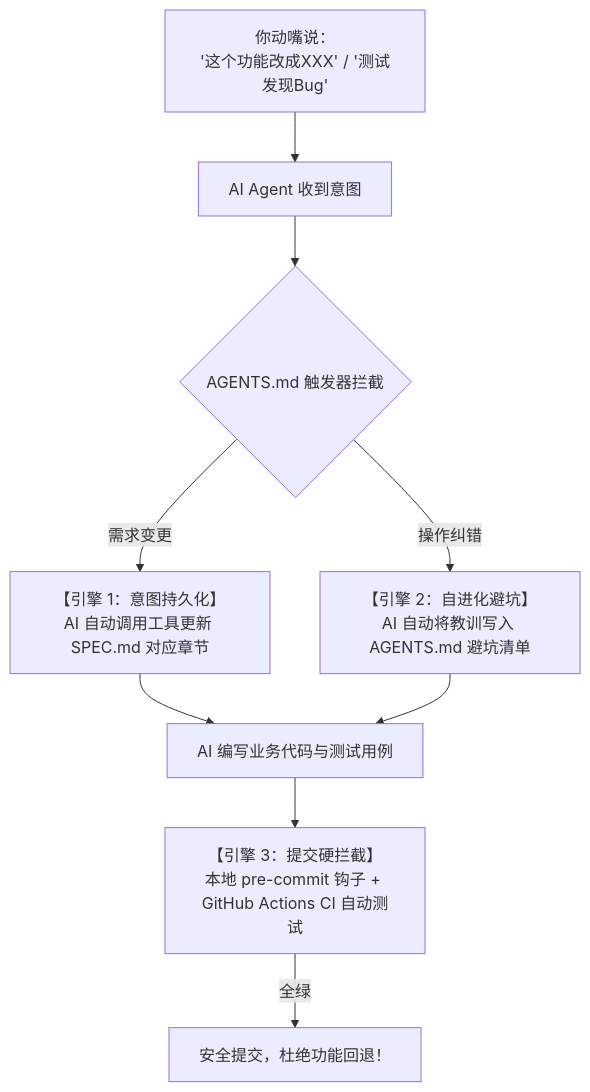
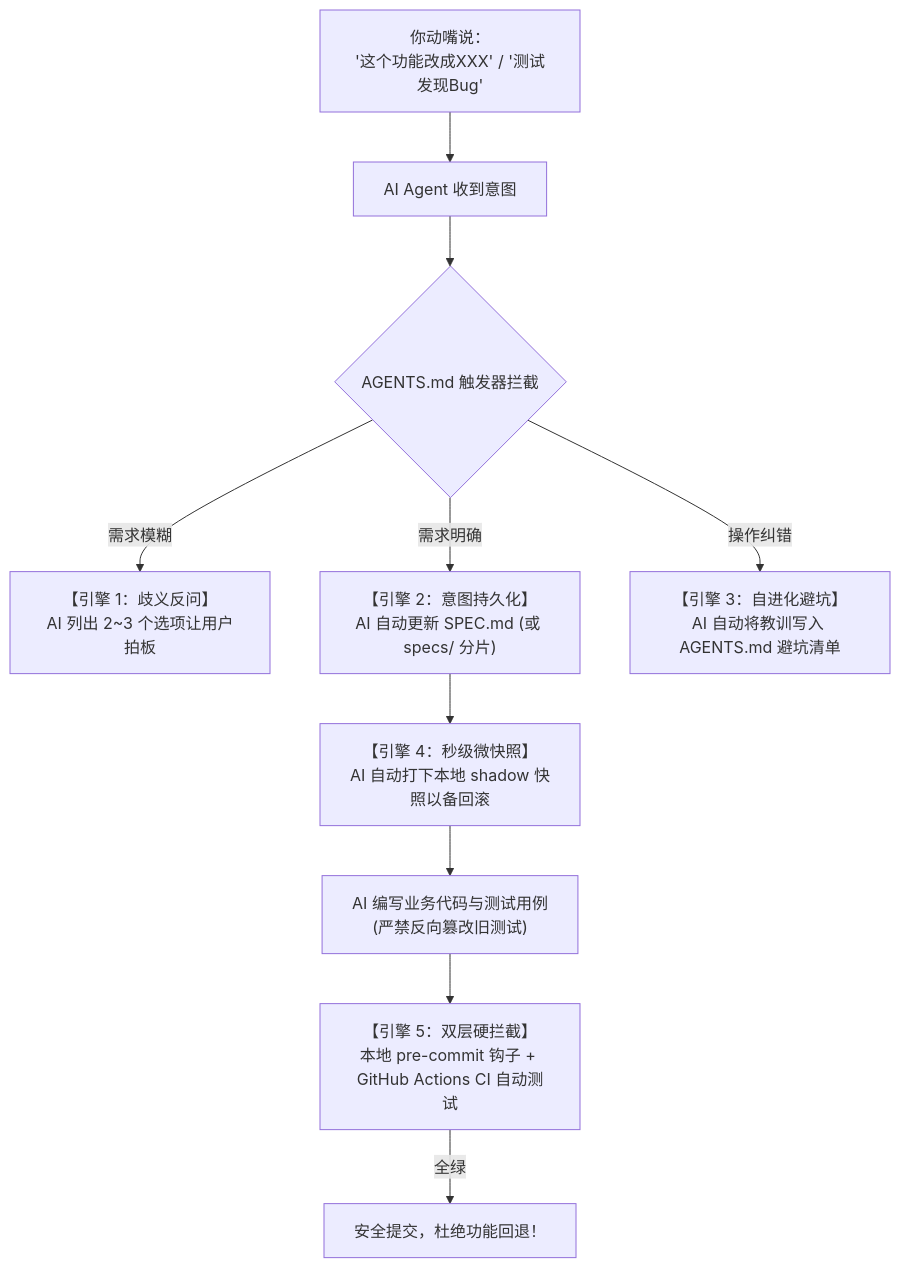
Before and after one commit to liuchangchxy/vibe-coding-starter: the diagram in README.md, drawn with Mermaid. The commit also changed other lines of this file and 8 other files, not shown here.

Commit message:
feat(architecture): add micro-checkpoints, progressive specs, devcontainer, and anti-tampering guards

````diff
--- a/README.md
+++ b/README.md
@@ -29,11 +31,12 @@
 ```mermaid
 flowchart TD
     User["你动嘴说：<br/>'这个功能改成XXX' / '测试发现Bug'"] --> Agent[AI Agent 收到意图]
     Agent --> Check{"AGENTS.md 触发器拦截"}
-    Check -->|需求变更| AutoSpec["【引擎 1：意图持久化】<br/>AI 自动调用工具更新 SPEC.md 对应章节"]
-    Check -->|操作纠错| AutoLearn["【引擎 2：自进化避坑】<br/>AI 自动将教训写入 AGENTS.md 避坑清单"]
-    AutoSpec --> AutoCode["AI 编写业务代码与测试用例"]
-    AutoLearn --> AutoCode
-    AutoCode --> TestRun["【引擎 3：提交硬拦截】<br/>本地 pre-commit 钩子 + GitHub Actions CI 自动测试"]
+    Check -->|需求模糊| Ask["【引擎 1：歧义反问】<br/>AI 列出 2~3 个选项让用户拍板"]
+    Check -->|需求明确| AutoSpec["【引擎 2：意图持久化】<br/>AI 自动更新 SPEC.md (或 specs/ 分片)"]
+    Check -->|操作纠错| AutoLearn["【引擎 3：自进化避坑】<br/>AI 自动将教训写入 AGENTS.md 避坑清单"]
+    AutoSpec --> Snap["【引擎 4：秒级微快照】<br/>AI 自动打下本地 shadow 快照以备回滚"]
+    Snap --> AutoCode["AI 编写业务代码与测试用例<br/>(严禁反向篡改旧测试)"]
+    AutoCode --> TestRun["【引擎 5：双层硬拦截】<br/>本地 pre-commit 钩子 + GitHub Actions CI 自动测试"]
     TestRun -->|全绿| Push["安全提交，杜绝功能回退！"]
 ```
````
